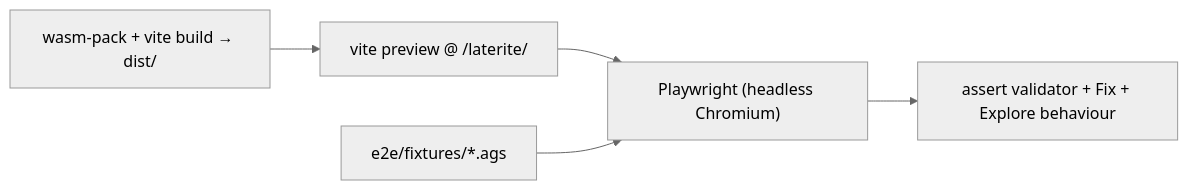
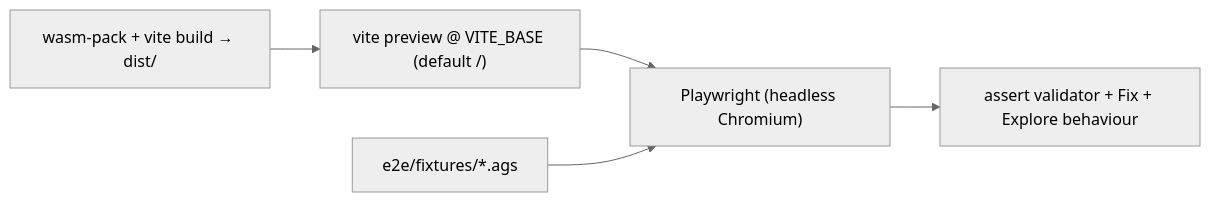
One commit to niko86/laterite changed the diagram in ags-wiki/concepts/playwright-e2e.md. Above: the diagram before and after it, drawn with Mermaid (neutral theme). The commit also changed other lines of this file and 32 other files, not shown here.

````diff
--- a/ags-wiki/concepts/playwright-e2e.md
+++ b/ags-wiki/concepts/playwright-e2e.md
@@ -118,7 +120,7 @@
 ```mermaid
 flowchart LR
-  build["wasm-pack + vite build → dist/"] --> preview["vite preview @ /laterite/"]
+  build["wasm-pack + vite build → dist/"] --> preview["vite preview @ VITE_BASE (default /)"]
   preview --> pw["Playwright (headless Chromium)"]
   fx["e2e/fixtures/*.ags"] --> pw
   pw --> assert["assert validator + Fix + Explore behaviour"]
 ```
````
